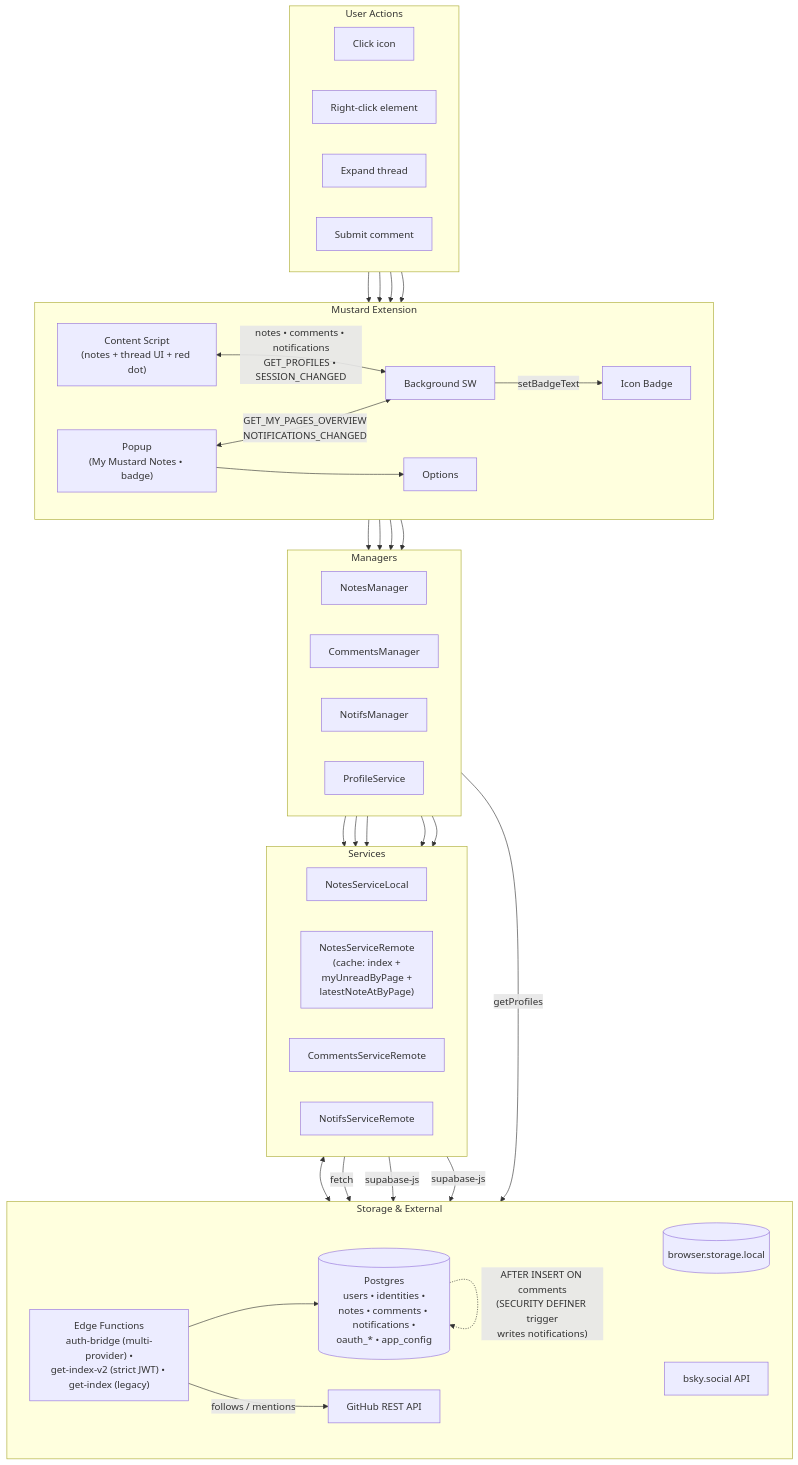
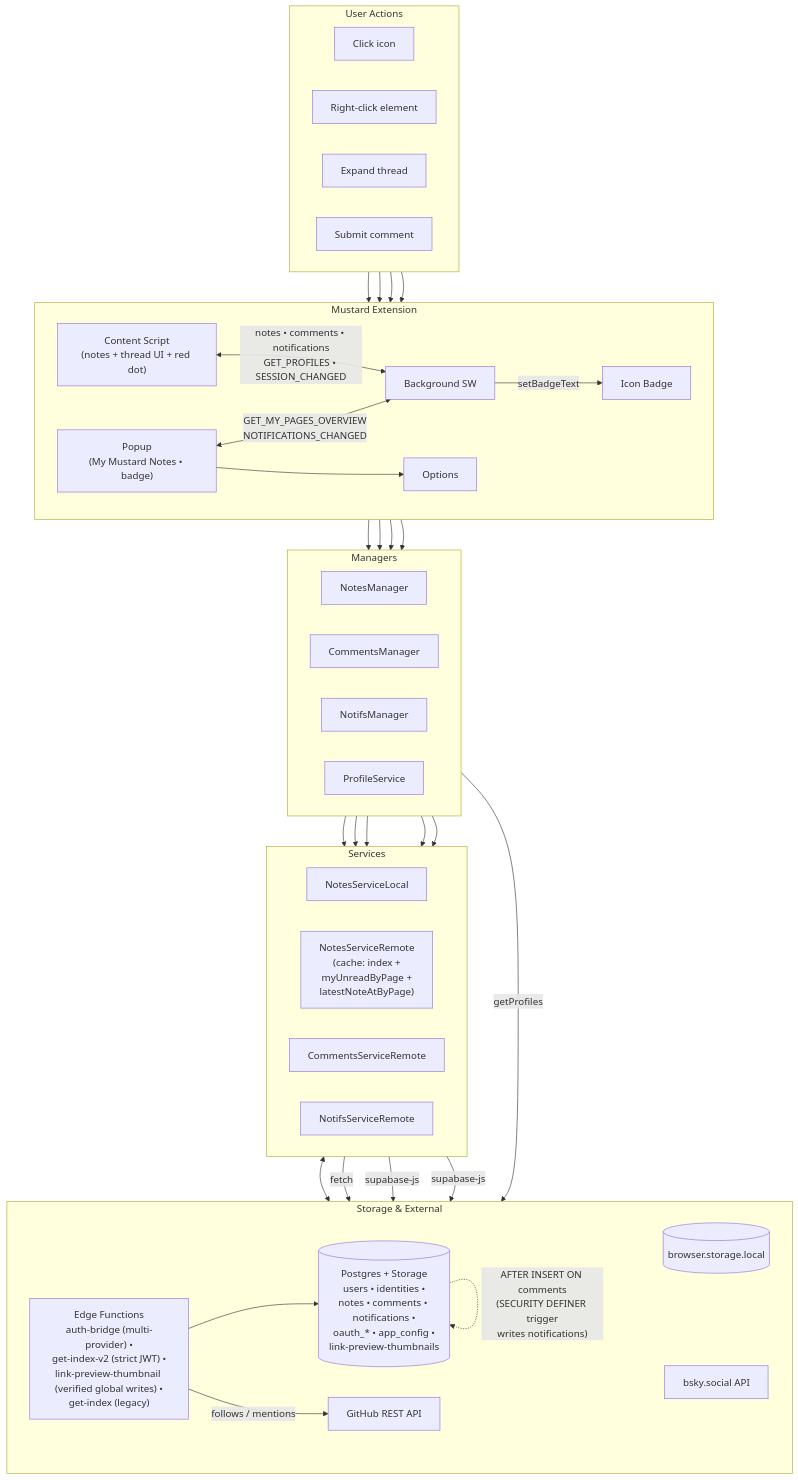
The diagram in .agents/skills/mustard-architecture/SKILL.md (fettstorch/mustard), drawn with Mermaid before and after one commit. The commit also changed other lines of this file and 37 other files, not shown here.

````diff
--- a/.agents/skills/mustard-architecture/SKILL.md
+++ b/.agents/skills/mustard-architecture/SKILL.md
@@ -19,75 +19,75 @@
 ```mermaid
 flowchart TB
     subgraph User["User Actions"]
         direction LR
         Click["Click icon"]
         RightClick["Right-click element"]
         Expand["Expand thread"]
         Comment["Submit comment"]
     end
 
     subgraph Extension["Mustard Extension"]
         direction LR
         Popup["Popup<br/>(My Mustard Notes • badge)"]
         Options["Options"]
         CS["Content Script<br/>(notes + thread UI + red dot)"]
         Badge["Icon Badge"]
         BG["Background SW"]
     end
 
     subgraph Managers["Managers"]
         direction LR
         NotesManager["NotesManager"]
         CommentsManager["CommentsManager"]
         NotifsManager["NotifsManager"]
         ProfileService["ProfileService"]
     end
 
     subgraph Svcs["Services"]
         direction LR
         LocalSvc["NotesServiceLocal"]
         RemoteSvc["NotesServiceRemote<br/>(cache: index +<br/>myUnreadByPage +<br/>latestNoteAtByPage)"]
         CommentsSvc["CommentsServiceRemote"]
         NotifsSvc["NotifsServiceRemote"]
     end
 
     subgraph Storage["Storage & External"]
         direction LR
         ChromeStorage[("browser.storage.local")]
-        EdgeFns["Edge Functions<br/>auth-bridge (multi-provider) •<br/>get-index-v2 (strict JWT) • get-index (legacy)"]
-        DB[("Postgres<br/>users • identities •<br/>notes • comments • notifications •<br/>oauth_* • app_config")]
+        EdgeFns["Edge Functions<br/>auth-bridge (multi-provider) •<br/>get-index-v2 (strict JWT) •<br/>link-preview-thumbnail (verified global writes) •<br/>get-index (legacy)"]
+        DB[("Postgres + Storage<br/>users • identities •<br/>notes • comments • notifications •<br/>oauth_* • app_config •<br/>link-preview-thumbnails")]
         BSkyAPI["bsky.social API"]
         GHAPI["GitHub REST API"]
     end
 
     Click --> Popup
     RightClick --> CS
     Expand --> CS
     Comment --> CS
 
     Popup <-->|"GET_MY_PAGES_OVERVIEW<br/>NOTIFICATIONS_CHANGED"| BG
     Popup --> Options
     CS <-->|"notes • comments • notifications<br/>GET_PROFILES • SESSION_CHANGED"| BG
     BG -->|"setBadgeText"| Badge
 
     BG --> NotesManager
     BG --> CommentsManager
     BG --> NotifsManager
     BG --> ProfileService
 
     NotesManager --> LocalSvc
     NotesManager --> RemoteSvc
     CommentsManager --> CommentsSvc
     NotifsManager --> NotifsSvc
     NotifsManager --> RemoteSvc
 
     LocalSvc <--> ChromeStorage
     RemoteSvc -->|"fetch"| EdgeFns
     CommentsSvc -->|"supabase-js"| DB
     NotifsSvc -->|"supabase-js"| DB
     EdgeFns --> DB
     EdgeFns -->|"follows / mentions"| GHAPI
     ProfileService -->|"getProfiles"| BSkyAPI
 
     DB -.->|"AFTER INSERT ON comments<br/>(SECURITY DEFINER trigger<br/>writes notifications)"| DB
 ```
````
